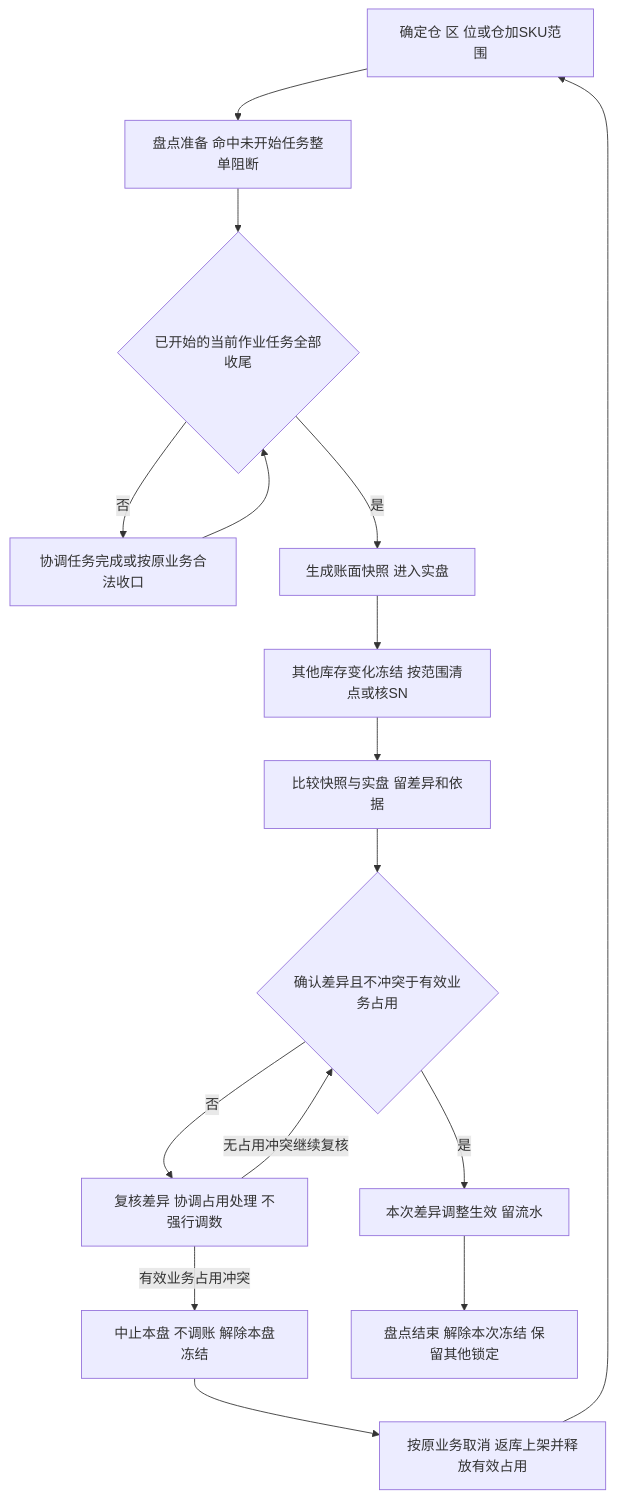
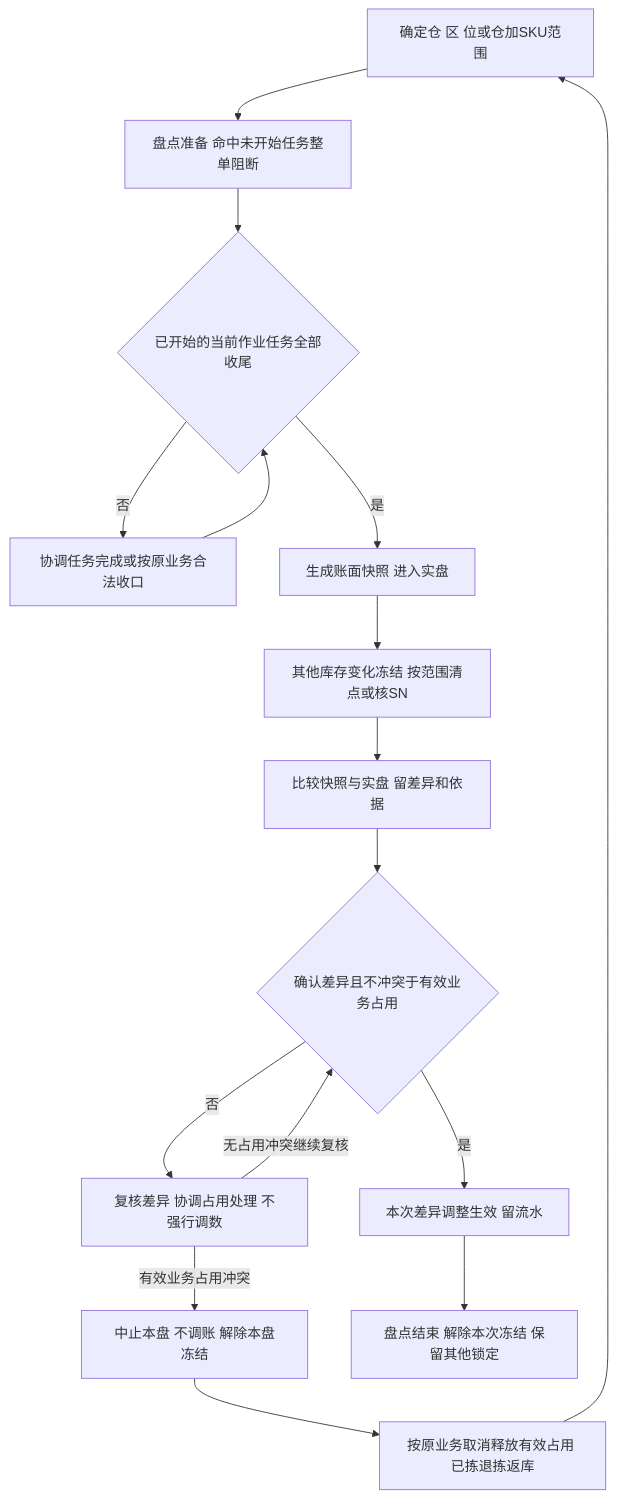
The diagram in 04-业务分析和设计/04-库存与库内业务设计.md (TopVitamin/QS-WMS-Project), drawn with Mermaid before and after one commit. The commit also changed other lines of this file and 151 other files, not shown here.

````diff
--- a/04-业务分析和设计/04-库存与库内业务设计.md
+++ b/04-业务分析和设计/04-库存与库内业务设计.md
@@ -162,18 +164,18 @@
 ```mermaid
 flowchart TD
     A[确定仓 区 位或仓加SKU范围] --> B[盘点准备 命中未开始任务整单阻断]
     B --> C{已开始的当前作业任务全部收尾}
     C -->|否| D[协调任务完成或按原业务合法收口]
     D --> C
     C -->|是| E[生成账面快照 进入实盘]
     E --> F[其他库存变化冻结 按范围清点或核SN]
     F --> G[比较快照与实盘 留差异和依据]
     G --> H{确认差异且不冲突于有效业务占用}
     H -->|否| I[复核差异 协调占用处理 不强行调数]
     I -->|无占用冲突继续复核| H
     I -->|有效业务占用冲突| L[中止本盘 不调账 解除本盘冻结]
-    L --> M[按原业务取消 返库上架并释放有效占用]
+    L --> M[按原业务取消释放有效占用 已拣退拣返库]
     M --> A
     H -->|是| J[本次差异调整生效 留流水]
     J --> K[盘点结束 解除本次冻结 保留其他锁定]
 ```
````
